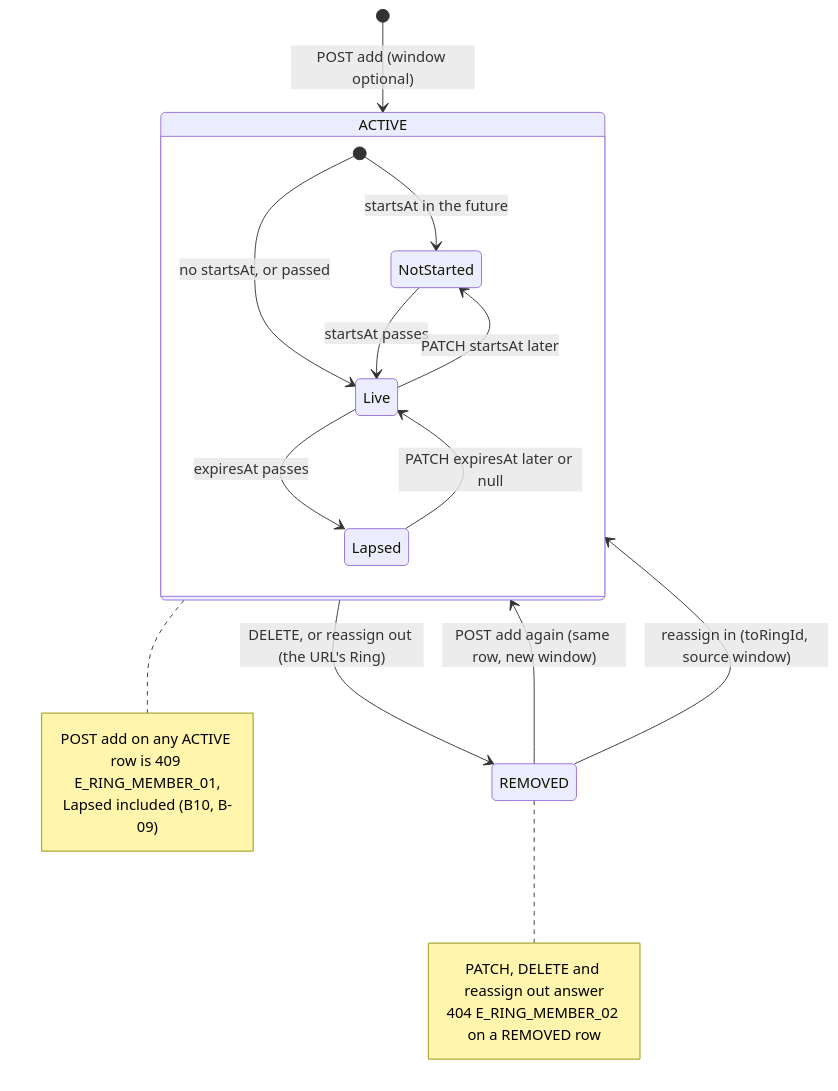
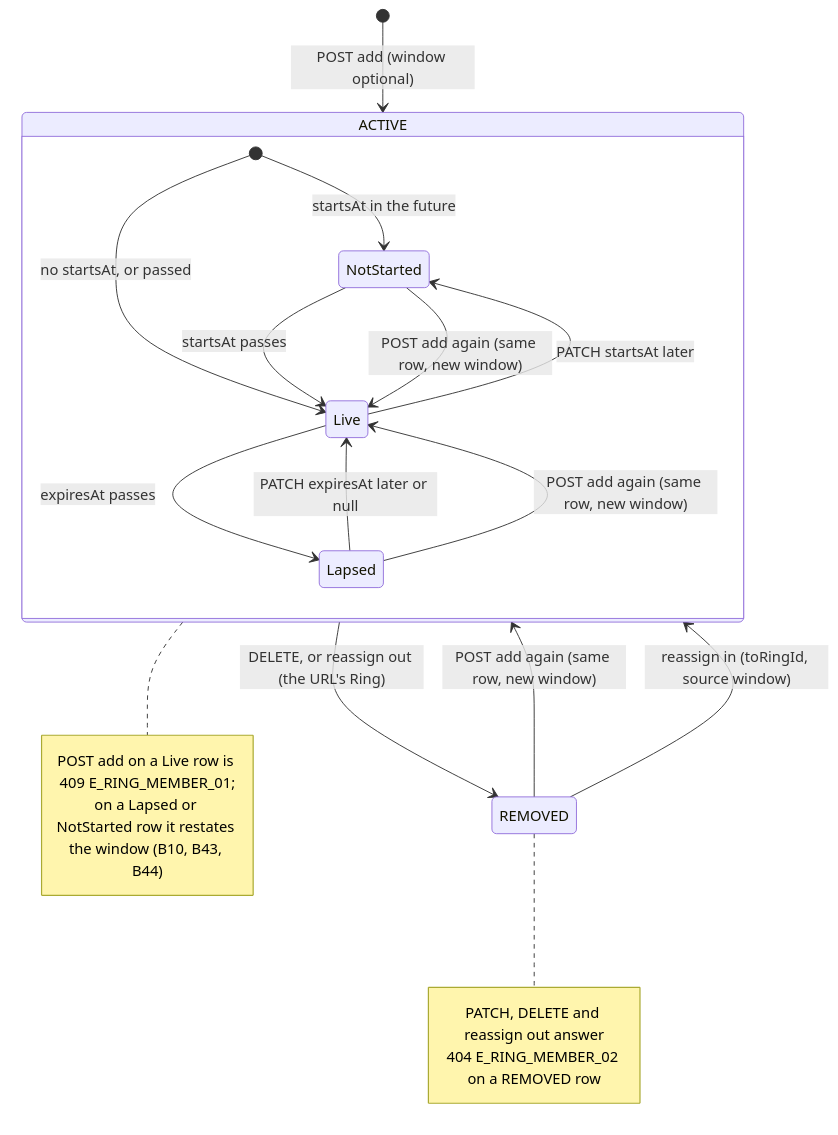
Before and after one commit to Khaled-Edlbi/social-pin-docs: the diagram in social-pin/modules/Identity Core/features/Ring Members/flow/QB-11 Ring Members QA Backend.md, drawn with Mermaid. The commit also changed other lines of this file and 3 other files, not shown here.

````diff
--- a/social-pin/modules/Identity Core/features/Ring Members/flow/QB-11 Ring Members QA Backend.md
+++ b/social-pin/modules/Identity Core/features/Ring Members/flow/QB-11 Ring Members QA Backend.md
@@ -126,23 +129,25 @@
 ```mermaid
 stateDiagram-v2
   [*] --> ACTIVE: POST add (window optional)
   state ACTIVE {
     [*] --> NotStarted: startsAt in the future
     [*] --> Live: no startsAt, or passed
     NotStarted --> Live: startsAt passes
     Live --> Lapsed: expiresAt passes
     Lapsed --> Live: PATCH expiresAt later or null
     Live --> NotStarted: PATCH startsAt later
   }
   ACTIVE --> REMOVED: DELETE, or reassign out (the URL's Ring)
   REMOVED --> ACTIVE: POST add again (same row, new window)
   REMOVED --> ACTIVE: reassign in (toRingId, source window)
+  Lapsed --> Live: POST add again (same row, new window)
+  NotStarted --> Live: POST add again (same row, new window)
   note right of ACTIVE
-    POST add on any ACTIVE row is 409 E_RING_MEMBER_01,
-    Lapsed included (B10, B-09)
+    POST add on a Live row is 409 E_RING_MEMBER_01;
+    on a Lapsed or NotStarted row it restates the window (B10, B43, B44)
   end note
   note right of REMOVED
     PATCH, DELETE and reassign out answer
     404 E_RING_MEMBER_02 on a REMOVED row
   end note
 ```
````
